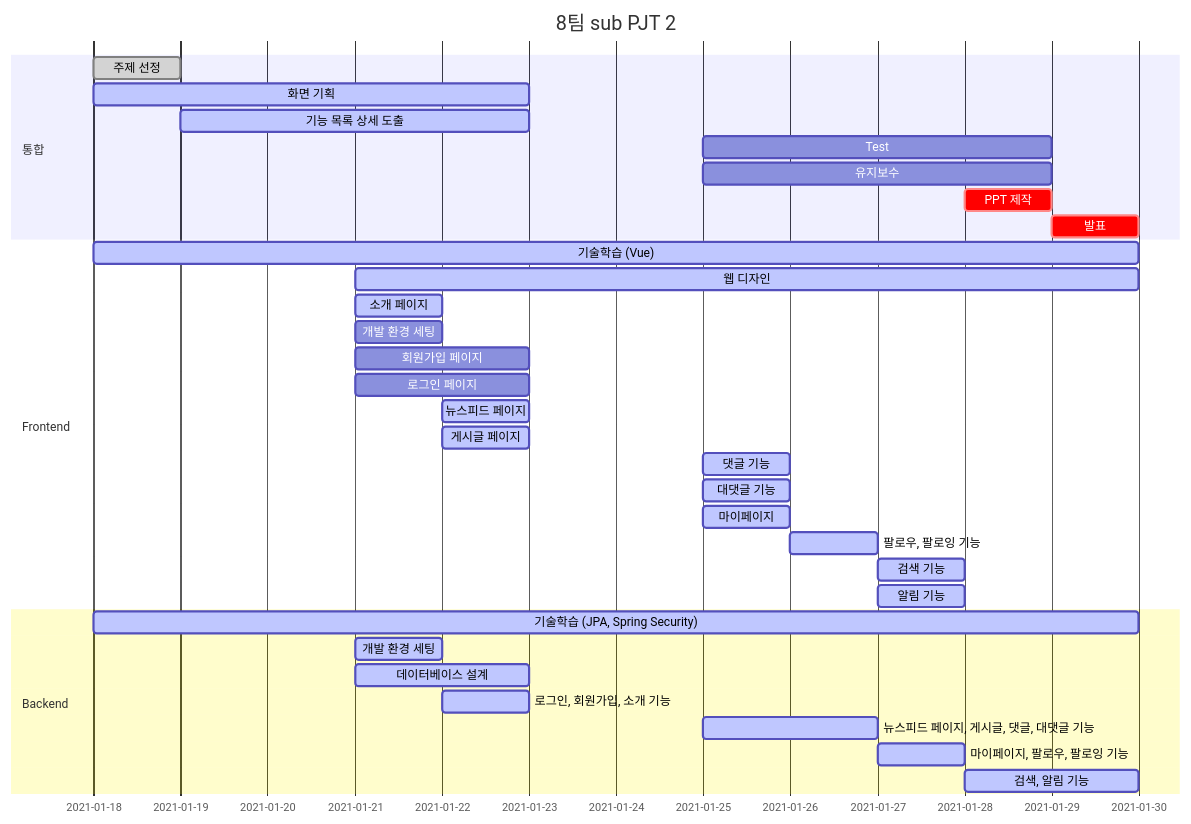
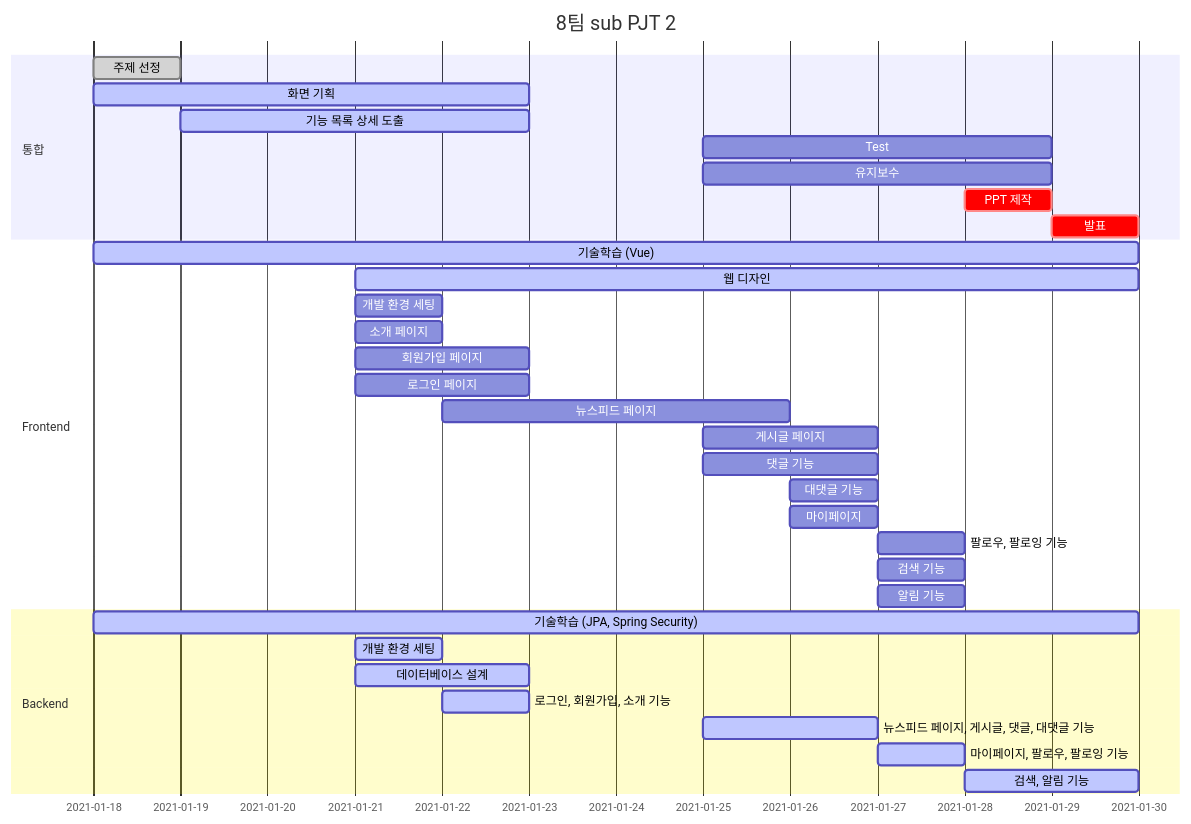
Before and after one commit to mingddo/3PM: the diagram in README.md, drawn with Mermaid.

````diff
--- a/README.md
+++ b/README.md
@@ -16,39 +16,39 @@
 ```mermaid
 gantt
     dateFormat  YYYY-MM-DD
     title       8팀 sub PJT 2
 
     section 통합
     주제 선정 :done,    2021-01-18, 1d
     화면 기획 :active,    2021-01-18, 5d
     기능 목록 상세 도출 :active,  2021-01-19, 4d
     Test :after, 2021-01-25, 4d
     유지보수 :after, 2021-01-25, 4d
     PPT 제작 :crit, after, 2021-01-28, 1d
     발표 :crit, after, 2021-01-29, 1d
     
     section Frontend
     기술학습 (Vue) :active, 2021-01-18, 12d
     웹 디자인 :active, 2021-01-21, 9d
-    소개 페이지 :active, 2021-01-21, 1d
     개발 환경 세팅 :after, 2021-01-21, 1d
+    소개 페이지 :after, 2021-01-21, 1d
     회원가입 페이지 :after, 2021-01-21, 2d
     로그인 페이지 :after, 2021-01-21, 2d
-    뉴스피드 페이지 :active, 2021-01-22, 1d
-    게시글 페이지 :active, 2021-01-22, 1d
-    댓글 기능 :active, 2021-01-25, 1d
-    대댓글 기능 :active, 2021-01-25, 1d
-    마이페이지 :active, 2021-01-25, 1d
-    팔로우, 팔로잉 기능 :active, 2021-01-26, 1d
-    검색 기능 :active, 2021-01-27, 1d
-    알림 기능 :active, 2021-01-27, 1d
+    뉴스피드 페이지 :after, 2021-01-22, 4d
+    게시글 페이지 :after, 2021-01-25, 2d
+    댓글 기능 :after, 2021-01-25, 2d
+    대댓글 기능 :after, 2021-01-26, 1d
+    마이페이지 :after, 2021-01-26, 1d
+    팔로우, 팔로잉 기능 :after, 2021-01-27, 1d
+    검색 기능 :after, 2021-01-27, 1d
+    알림 기능 :after, 2021-01-27, 1d
 
     section Backend
     기술학습 (JPA, Spring Security)  :active, 2021-01-18, 12d
     개발 환경 세팅 : active, 2021-01-21, 1d
     데이터베이스 설계   : active, 2021-01-21, 2d
     로그인, 회원가입, 소개 기능   :active, 2021-01-22, 1d
     뉴스피드 페이지, 게시글, 댓글, 대댓글 기능    :active, 2021-01-25, 2d
     마이페이지, 팔로우, 팔로잉 기능 :active, 2021-01-27, 1d
     검색, 알림 기능 :active, 2021-01-28, 2d
 ```
````
